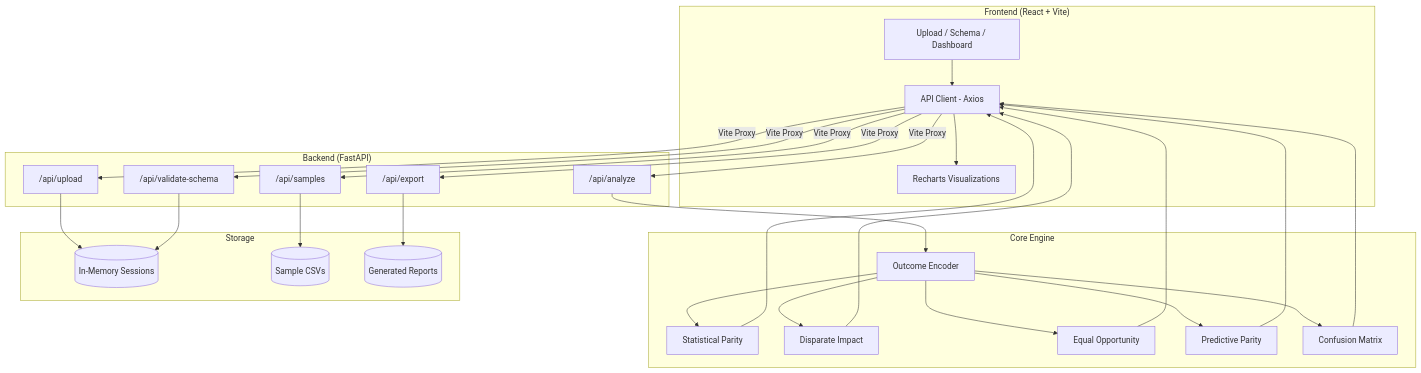
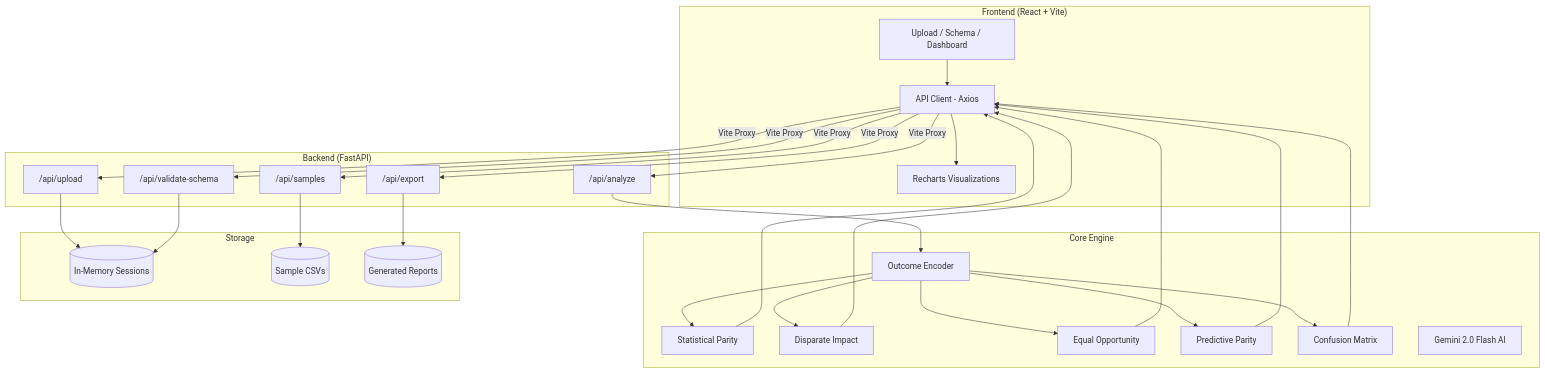
One commit to arpitpandey0307/bias-lens changed the first of 2 diagrams in README.md. Above: the diagram before and after it, drawn with Mermaid. The commit also changed other lines of this file and 6 other files, not shown here.

Commit message:
feat: add Gemini 2.0 Flash AI for bias explanations and recommendations

````diff
--- a/README.md
+++ b/README.md
@@ -42,47 +43,48 @@
 ```mermaid
 graph TB
     subgraph Frontend["Frontend (React + Vite)"]
         UI[Upload / Schema / Dashboard]
         API_CLIENT[API Client - Axios]
         CHARTS[Recharts Visualizations]
     end
 
     subgraph Backend["Backend (FastAPI)"]
         UPLOAD["/api/upload"]
         SCHEMA["/api/validate-schema"]
         ANALYZE["/api/analyze"]
         EXPORT["/api/export"]
         SAMPLES["/api/samples"]
     end
 
     subgraph Core["Core Engine"]
         ENCODER[Outcome Encoder]
         SPD[Statistical Parity]
         DI[Disparate Impact]
         EOD[Equal Opportunity]
         PPD[Predictive Parity]
         CM[Confusion Matrix]
+        GEMINI[Gemini 2.0 Flash AI]
     end
 
     subgraph Storage["Storage"]
         SESSIONS[(In-Memory Sessions)]
         FIXTURES[(Sample CSVs)]
         REPORTS[(Generated Reports)]
     end
 
     UI --> API_CLIENT
     API_CLIENT -->|Vite Proxy| UPLOAD
     API_CLIENT -->|Vite Proxy| SCHEMA
     API_CLIENT -->|Vite Proxy| ANALYZE
     API_CLIENT -->|Vite Proxy| EXPORT
     API_CLIENT -->|Vite Proxy| SAMPLES
 
     UPLOAD --> SESSIONS
     SCHEMA --> SESSIONS
     ANALYZE --> ENCODER --> SPD & DI & EOD & PPD & CM
     SAMPLES --> FIXTURES
     EXPORT --> REPORTS
 
     SPD & DI & EOD & PPD & CM --> API_CLIENT
     API_CLIENT --> CHARTS
 ```
````
